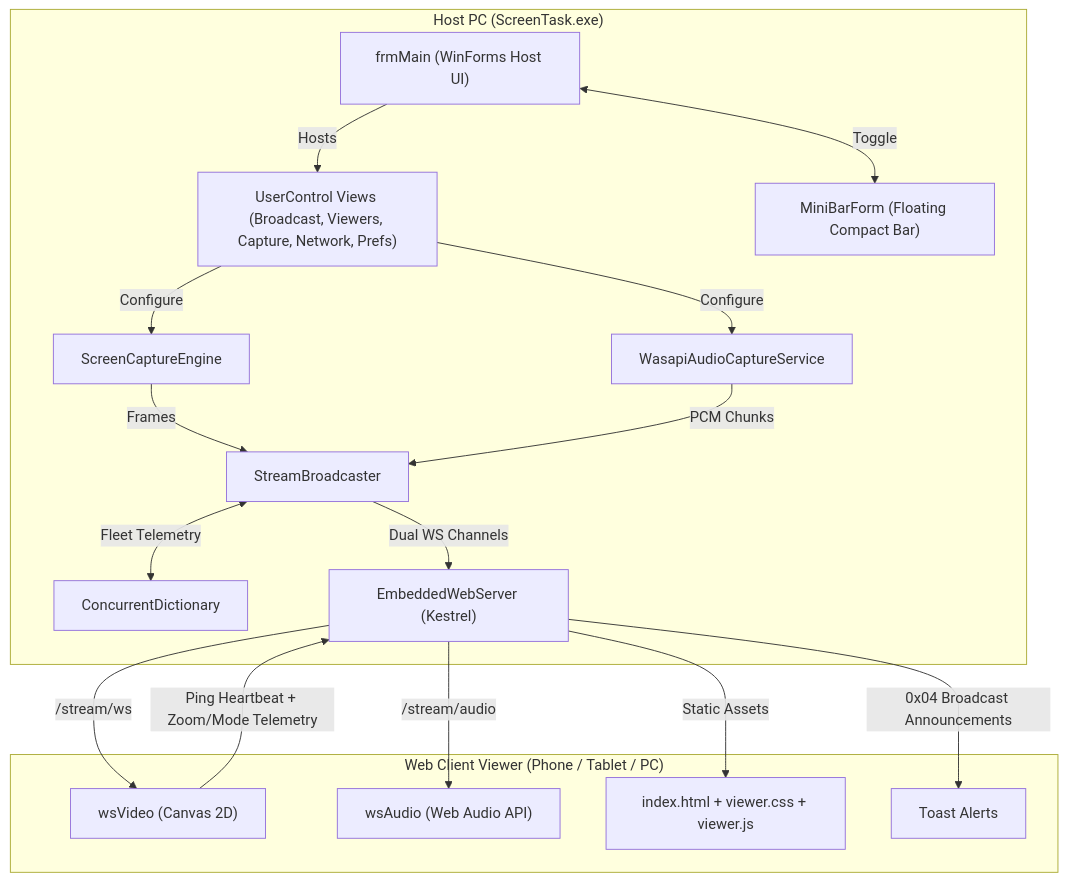
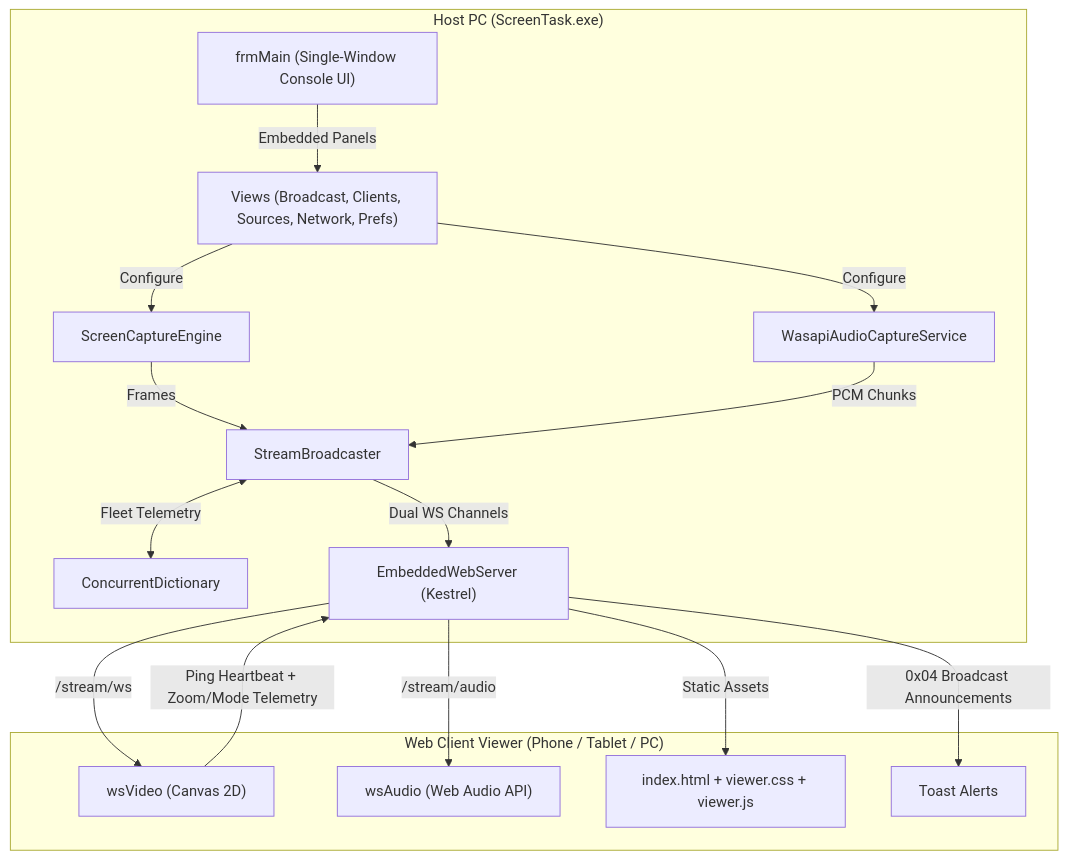
Before and after one commit to EslaMx7/ScreenTask: the diagram in AGENTS.md, drawn with Mermaid. The commit also changed other lines of this file and 25 other files, not shown here.

````diff
--- a/AGENTS.md
+++ b/AGENTS.md
@@ -112,21 +110,20 @@
 ```mermaid
 flowchart TD
     subgraph Host["Host PC (ScreenTask.exe)"]
-        UI["frmMain (WinForms Host UI)"] -->|Hosts| VIEWS["UserControl Views (Broadcast, Viewers, Capture, Network, Prefs)"]
-        UI <-->|Toggle| MINI["MiniBarForm (Floating Compact Bar)"]
+        UI["frmMain (Single-Window Console UI)"] -->|Embedded Panels| VIEWS["Views (Broadcast, Clients, Sources, Network, Prefs)"]
         VIEWS -->|Configure| ENGINE["ScreenCaptureEngine"]
         VIEWS -->|Configure| AUDIO["WasapiAudioCaptureService"]
         ENGINE -->|Frames| BROADCASTER["StreamBroadcaster"]
         AUDIO -->|PCM Chunks| BROADCASTER
         BROADCASTER <-->|Fleet Telemetry| SESS["ConcurrentDictionary<string, ViewerSession>"]
         BROADCASTER -->|Dual WS Channels| KESTREL["EmbeddedWebServer (Kestrel)"]
     end
 
     subgraph Browser["Web Client Viewer (Phone / Tablet / PC)"]
         KESTREL -->|/stream/ws| WS_VIDEO["wsVideo (Canvas 2D)"]
         KESTREL -->|/stream/audio| WS_AUDIO["wsAudio (Web Audio API)"]
         KESTREL -->|Static Assets| STATIC["index.html + viewer.css + viewer.js"]
         WS_VIDEO -->|Ping Heartbeat + Zoom/Mode Telemetry| KESTREL
         KESTREL -->|0x04 Broadcast Announcements| TOAST["Toast Alerts"]
     end
 ```
````
